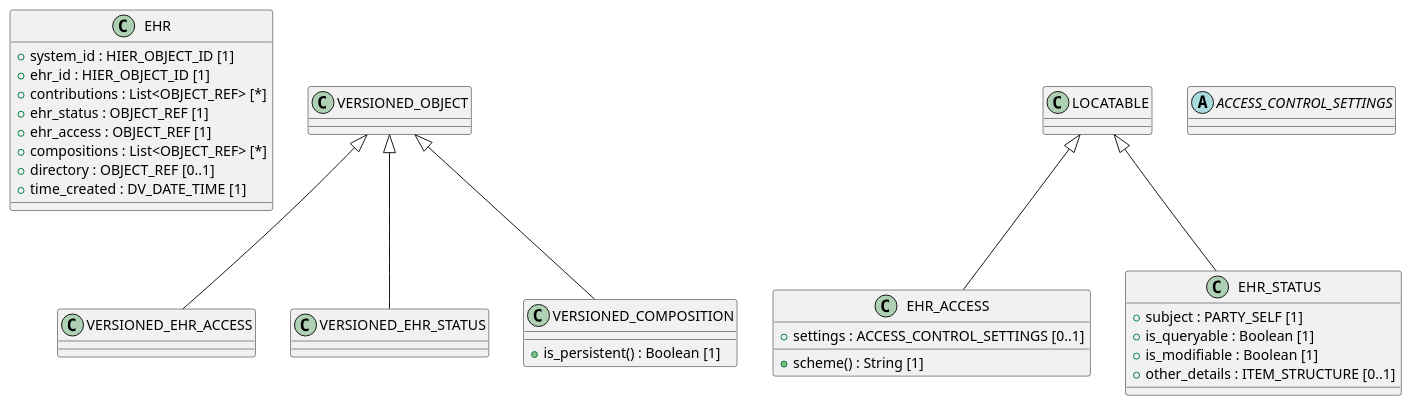
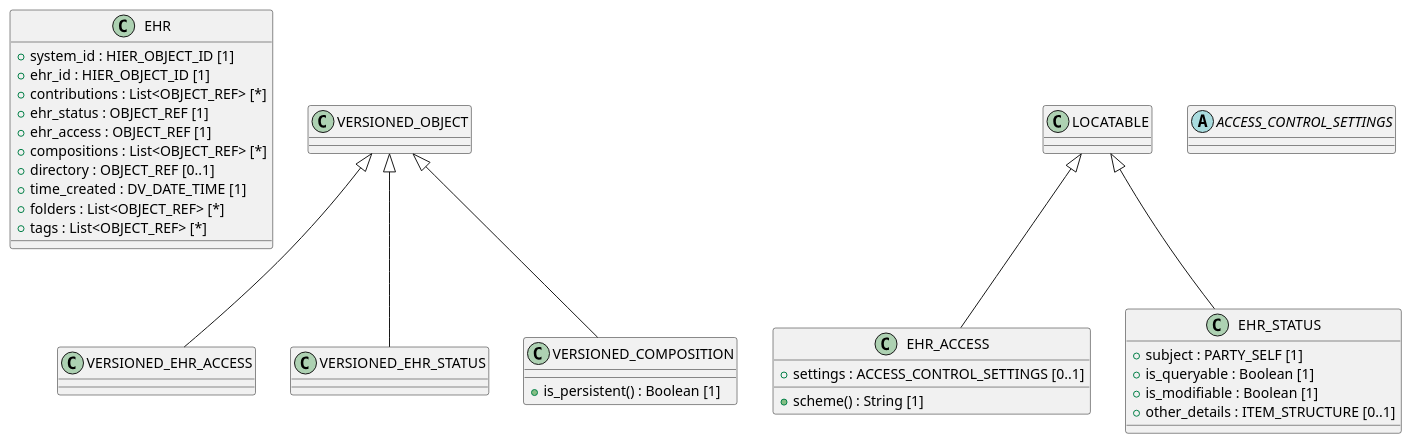
The diagram in code/Adoc/openehr_rm_1.2.0/plantUML/packages/org.openehr.rm.ehr.adoc (sebastian-iancu/code-generator), drawn with PlantUML before and after one commit. The commit also changed 719 other files, not shown here.

```diff
--- a/code/Adoc/openehr_rm_1.2.0/plantUML/packages/org.openehr.rm.ehr.adoc
+++ b/code/Adoc/openehr_rm_1.2.0/plantUML/packages/org.openehr.rm.ehr.adoc
@@ -1,48 +1,50 @@
 [plantuml,org.openehr.rm.ehr,format=svg,svg-type="inline"]
 -----
 @startuml
 
 class EHR {
   + system_id : HIER_OBJECT_ID [1]
   + ehr_id : HIER_OBJECT_ID [1]
   + contributions : List<OBJECT_REF> [*]
   + ehr_status : OBJECT_REF [1]
   + ehr_access : OBJECT_REF [1]
   + compositions : List<OBJECT_REF> [*]
   + directory : OBJECT_REF [0..1]
   + time_created : DV_DATE_TIME [1]
+  + folders : List<OBJECT_REF> [*]
+  + tags : List<OBJECT_REF> [*]
 }
 
 class VERSIONED_EHR_ACCESS {
 }
 
 class VERSIONED_EHR_STATUS {
 }
 
 class VERSIONED_COMPOSITION {
   + is_persistent() : Boolean [1]
 }
 
 class EHR_ACCESS {
   + settings : ACCESS_CONTROL_SETTINGS [0..1]
   + scheme() : String [1]
 }
 
 class EHR_STATUS {
   + subject : PARTY_SELF [1]
   + is_queryable : Boolean [1]
   + is_modifiable : Boolean [1]
   + other_details : ITEM_STRUCTURE [0..1]
 }
 
 abstract class ACCESS_CONTROL_SETTINGS {
 }
 
 VERSIONED_OBJECT <|-- VERSIONED_EHR_ACCESS
 VERSIONED_OBJECT <|-- VERSIONED_EHR_STATUS
 VERSIONED_OBJECT <|-- VERSIONED_COMPOSITION
 LOCATABLE <|-- EHR_ACCESS
 LOCATABLE <|-- EHR_STATUS
 
 @enduml
 -----
```
